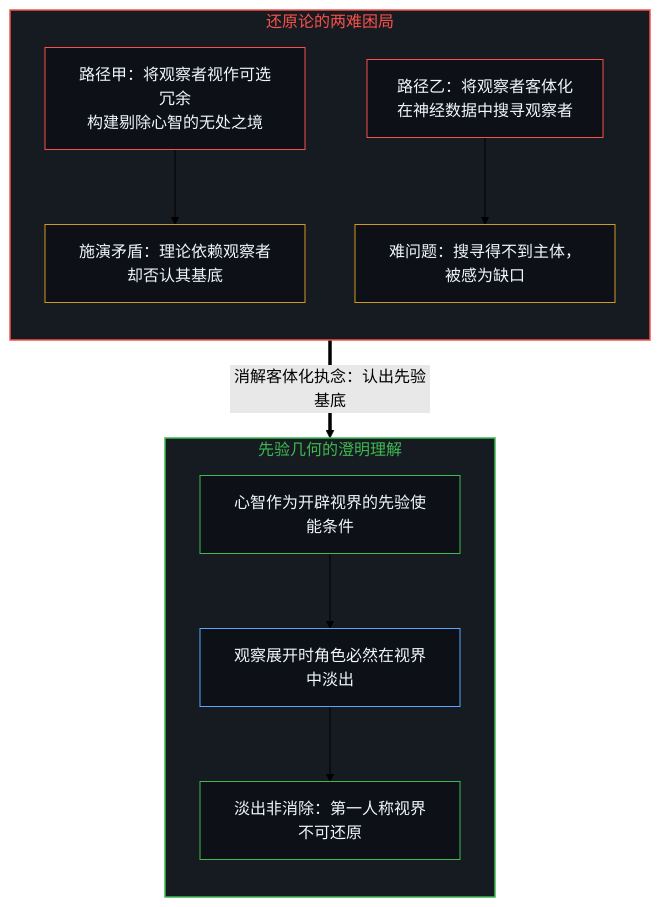
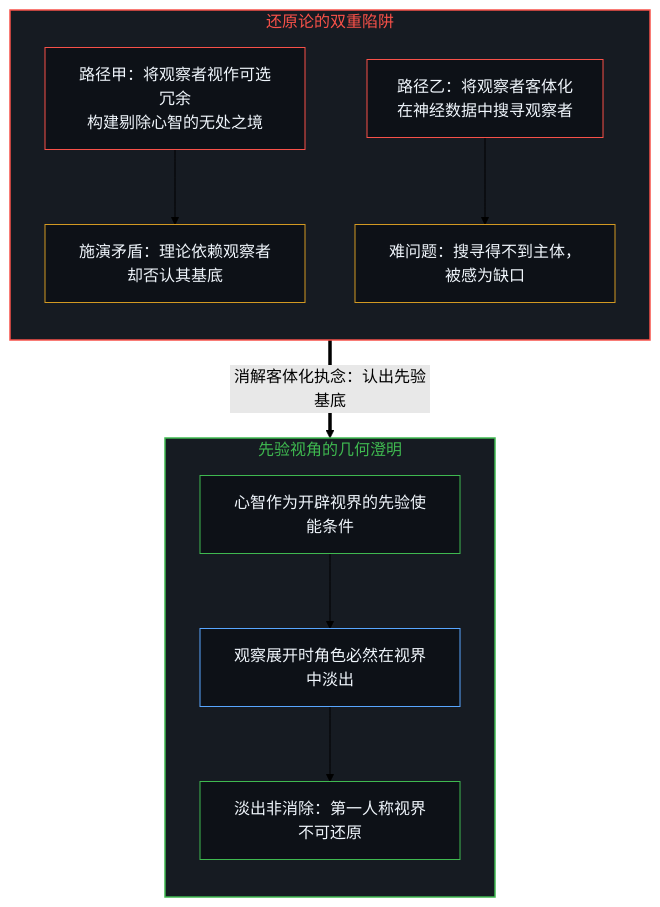
One commit to powerpig99/not-a-toe changed the fifth of 6 diagrams in content/posts/the-grammar-of-finding-and-the-fading-observer.md. Above: the diagram before and after it, drawn with Mermaid (forest theme). The commit also changed other lines of this file and 3 other files, not shown here.

````diff
--- a/content/posts/the-grammar-of-finding-and-the-fading-observer.md
+++ b/content/posts/the-grammar-of-finding-and-the-fading-observer.md
@@ -133,25 +133,25 @@
 ```mermaid
 graph TD
-    subgraph S_Fallacy ["还原论的两难困局"]
+    subgraph S_Fallacy ["还原论的双重陷阱"]
         direction TB
         style S_Fallacy fill:#161b22,stroke:#f85149,stroke-width:1.5px,color:#f85149
         E1["路径甲：将观察者视作可选冗余<br/>构建剔除心智的无处之境"]
         E2["路径乙：将观察者客体化<br/>在神经数据中搜寻观察者"]
         E1 --> P1["施演矛盾：理论依赖观察者却否认其基底"]
         E2 --> P2["难问题：搜寻得不到主体，被感为缺口"]
         style E1 fill:#0d1117,stroke:#f85149,stroke-width:1px,color:#f0f6fc
         style E2 fill:#0d1117,stroke:#f85149,stroke-width:1px,color:#f0f6fc
         style P1 fill:#0d1117,stroke:#d29922,stroke-width:1px,color:#f0f6fc
         style P2 fill:#0d1117,stroke:#d29922,stroke-width:1px,color:#f0f6fc
     end
     P2 ==>|"消解客体化执念：认出先验基底"| R1
-    subgraph S_Resolution ["先验几何的澄明理解"]
+    subgraph S_Resolution ["先验视角的几何澄明"]
         direction TB
         style S_Resolution fill:#161b22,stroke:#3fb950,stroke-width:1.5px,color:#3fb950
         R1["心智作为开辟视界的先验使能条件"] --> R2["观察展开时角色必然在视界中淡出"]
         R2 --> R3["淡出非消除：第一人称视界不可还原"]
         style R1 fill:#0d1117,stroke:#3fb950,stroke-width:1px,color:#f0f6fc
         style R2 fill:#0d1117,stroke:#58a6ff,stroke-width:1px,color:#f0f6fc
         style R3 fill:#0d1117,stroke:#3fb950,stroke-width:1px,color:#f0f6fc
     end
 ```
````
